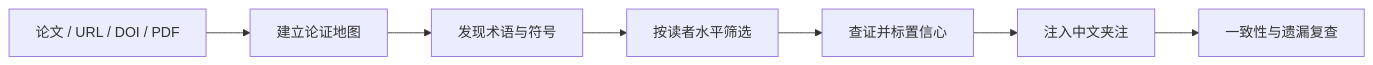
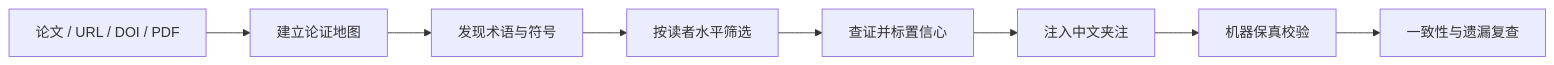
One commit to BladeDancer743/Interlinear changed the diagram in README.md. Above: the diagram before and after it, drawn with Mermaid. The commit also changed other lines of this file and 10 other files, not shown here.

````diff
--- a/README.md
+++ b/README.md
@@ -50,9 +50,10 @@
 ```mermaid
 flowchart LR
     A[论文 / URL / DOI / PDF] --> B[建立论证地图]
     B --> C[发现术语与符号]
     C --> D[按读者水平筛选]
     D --> E[查证并标置信心]
     E --> F[注入中文夹注]
-    F --> G[一致性与遗漏复查]
+    F --> G[机器保真校验]
+    G --> H[一致性与遗漏复查]
 ```
````
